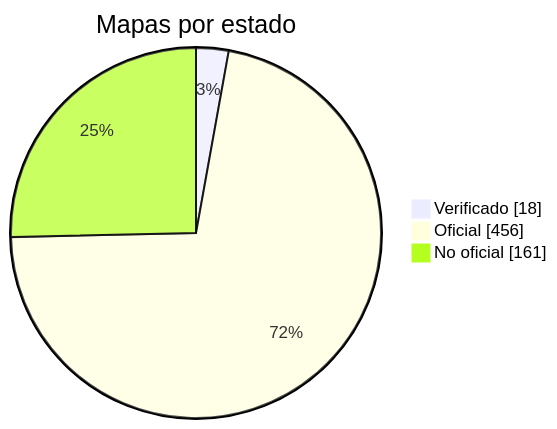
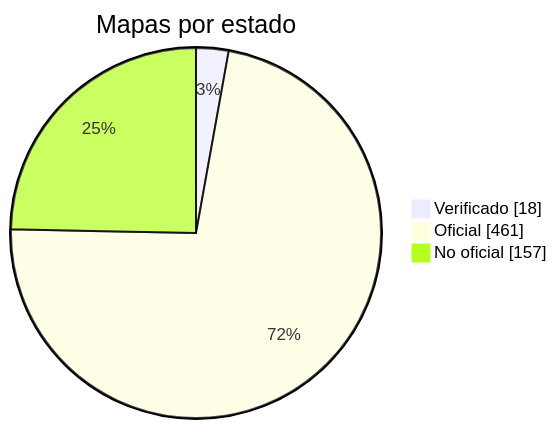
One commit to nobrega8/mbmap-library changed the diagram in docs/readme/README_ES.md. Above: the diagram before and after it, drawn with Mermaid. The commit also changed 10 other files, not shown here.

````diff
--- a/docs/readme/README_ES.md
+++ b/docs/readme/README_ES.md
@@ -54,7 +54,7 @@
 ```mermaid
 pie showData
     title Mapas por estado
     "Verificado" : 18
-    "Oficial" : 456
-    "No oficial" : 161
+    "Oficial" : 461
+    "No oficial" : 157
 ```
````
